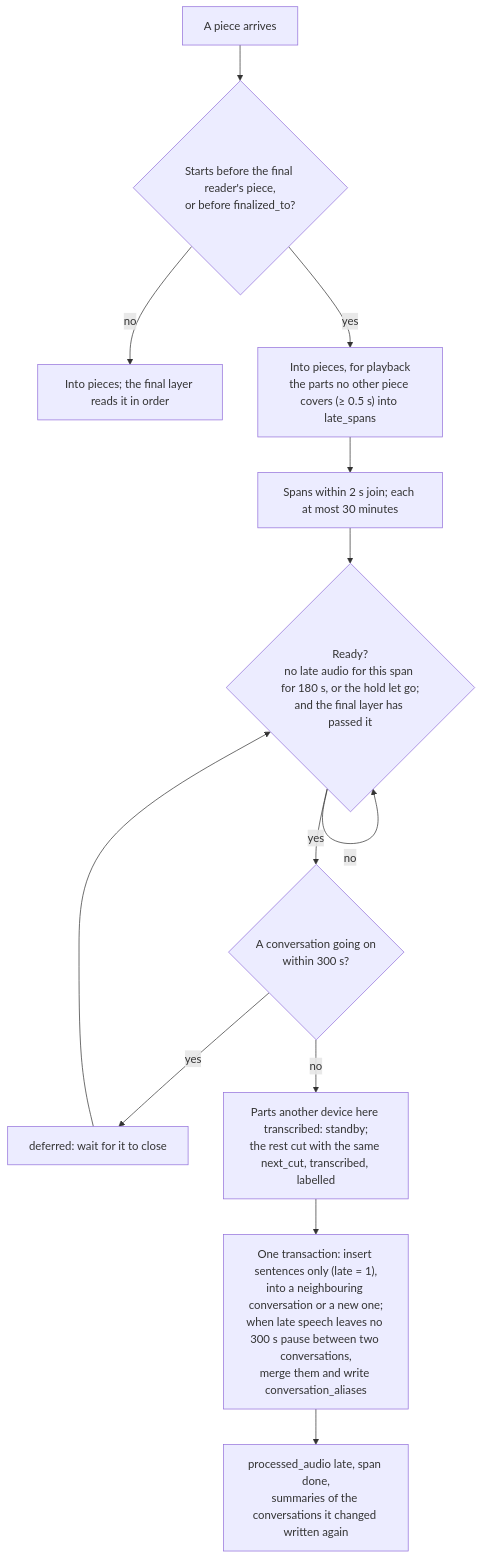
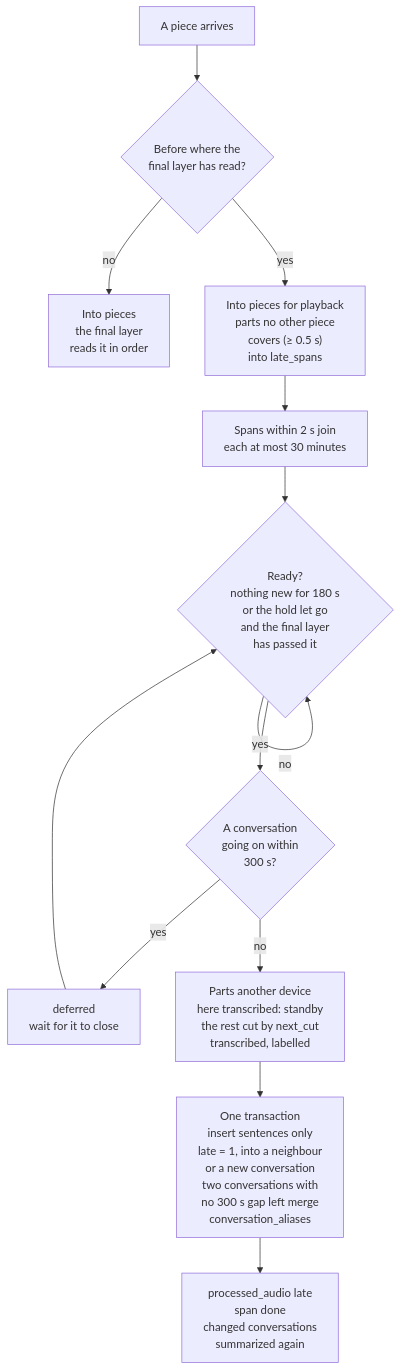
Before and after one commit to suyiiyii/alldayrec: the fifth of 5 diagrams in docs/en/explanation/domain-model.md, drawn with Mermaid. The commit also changed other lines of this file and 5 other files, not shown here.

Commit message:
[doc] Render mermaid diagrams on the docs site

````diff
--- a/docs/en/explanation/domain-model.md
+++ b/docs/en/explanation/domain-model.md
@@ -335,14 +362,14 @@
 ```mermaid
 flowchart TD
-    U["A piece arrives"] --> L{"Starts before the final reader's piece,<br/>or before finalized_to?"}
-    L -- "no" --> Q["Into pieces; the final layer reads it in order"]
-    L -- "yes" --> N["Into pieces, for playback<br/>the parts no other piece covers (≥ 0.5 s) into late_spans"]
-    N --> J["Spans within 2 s join; each at most 30 minutes"]
-    J --> K{"Ready?<br/>no late audio for this span for 180 s, or the hold let go;<br/>and the final layer has passed it"}
+    U["A piece arrives"] --> L{"Before where the<br/>final layer has read?"}
+    L -- "no" --> Q["Into pieces<br/>the final layer<br/>reads it in order"]
+    L -- "yes" --> N["Into pieces for playback<br/>parts no other piece<br/>covers (≥ 0.5 s)<br/>into late_spans"]
+    N --> J["Spans within 2 s join<br/>each at most 30 minutes"]
+    J --> K{"Ready?<br/>nothing new for 180 s<br/>or the hold let go<br/>and the final layer<br/>has passed it"}
     K -- "no" --> K
-    K -- "yes" --> O{"A conversation going on<br/>within 300 s?"}
-    O -- "yes" --> DF["deferred: wait for it to close"] --> K
-    O -- "no" --> X["Parts another device here transcribed: standby;<br/>the rest cut with the same next_cut, transcribed, labelled"]
-    X --> Y["One transaction: insert sentences only (late = 1),<br/>into a neighbouring conversation or a new one;<br/>when late speech leaves no 300 s pause between two conversations,<br/>merge them and write conversation_aliases"]
-    Y --> Z["processed_audio late, span done,<br/>summaries of the conversations it changed written again"]
+    K -- "yes" --> O{"A conversation<br/>going on within<br/>300 s?"}
+    O -- "yes" --> DF["deferred<br/>wait for it to close"] --> K
+    O -- "no" --> X["Parts another device<br/>here transcribed: standby<br/>the rest cut by next_cut<br/>transcribed, labelled"]
+    X --> Y["One transaction<br/>insert sentences only<br/>late = 1, into a neighbour<br/>or a new conversation<br/>two conversations with<br/>no 300 s gap left merge<br/>conversation_aliases"]
+    Y --> Z["processed_audio late<br/>span done<br/>changed conversations<br/>summarized again"]
 ```
````
